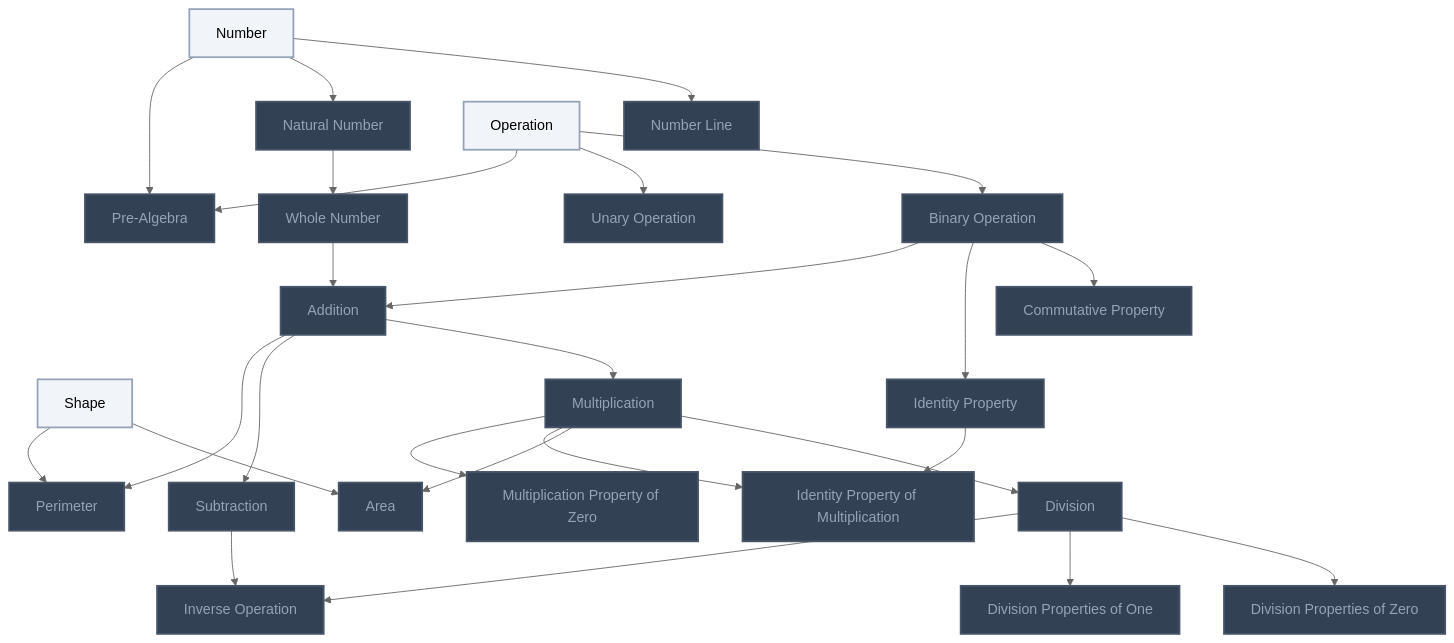
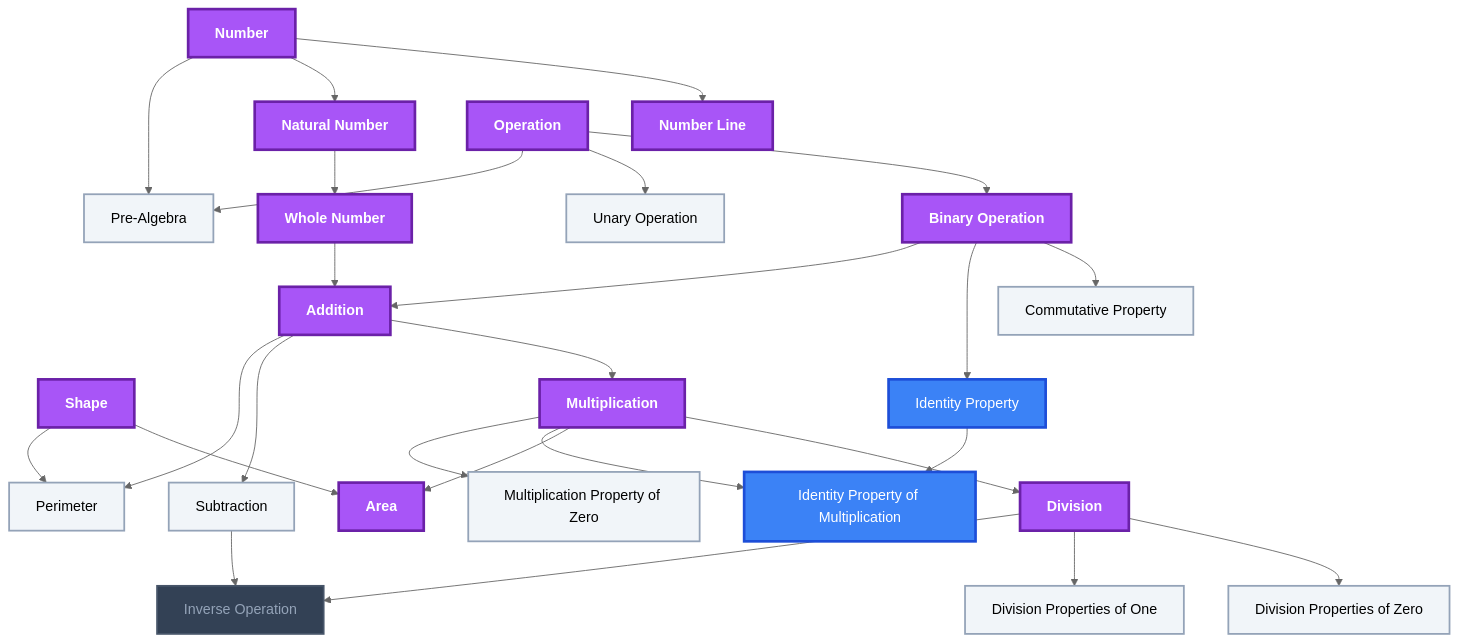
One commit to MRauf1/My-Notes changed the first of 10 diagrams in Gamification/Skill Trees/Pre-Algebra.md. Above: the diagram before and after it, drawn with Mermaid (neutral theme). The commit also changed other lines of this file and 156 other files, not shown here.

````diff
--- a/Gamification/Skill Trees/Pre-Algebra.md
+++ b/Gamification/Skill Trees/Pre-Algebra.md
@@ -14,62 +14,64 @@
 ```mermaid
 flowchart TD
     classDef planned fill:#1E293B,stroke:#64748B,stroke-width:2px,stroke-dasharray:5 5,color:#94A3B8;
     classDef locked fill:#334155,stroke:#475569,stroke-width:2px,color:#94A3B8;
     classDef L0 fill:#F1F5F9,stroke:#94A3B8,stroke-width:2px,color:#000000;
     classDef L1 fill:#22C55E,stroke:#15803D,stroke-width:2px,color:#000000;
     classDef L2 fill:#3B82F6,stroke:#1D4ED8,stroke-width:3px,color:#FFFFFF;
     classDef L3 fill:#A855F7,stroke:#6B21A8,stroke-width:3px,color:#FFFFFF,font-weight:bold;
     classDef L4 fill:#F97316,stroke:#C2410C,stroke-width:4px,color:#000000,font-weight:bold;
     classDef L5 fill:#FFD700,stroke:#FF8C00,stroke-width:5px,color:#000000,font-weight:bold;
     classDef rusty stroke:#8B4513,stroke-width:4px,stroke-dasharray:3 3;
     n_pre_algebra["Pre-Algebra"]
     n_number["Number"]
     n_natural_number["Natural Number"]
     n_whole_number["Whole Number"]
     n_number_line["Number Line"]
     n_operation["Operation"]
     n_unary_operation["Unary Operation"]
     n_binary_operation["Binary Operation"]
     n_shape["Shape"]
     n_addition["Addition"]
     n_identity_property["Identity Property"]
     n_commutative_property["Commutative Property"]
     n_perimeter["Perimeter"]
     n_subtraction["Subtraction"]
     n_multiplication["Multiplication"]
     n_multiplication_property_of_zero["Multiplication Property of Zero"]
     n_identity_property_of_multiplication["Identity Property of Multiplication"]
     n_area["Area"]
     n_division["Division"]
     n_inverse_operation["Inverse Operation"]
     n_division_properties_of_one["Division Properties of One"]
     n_division_properties_of_zero["Division Properties of Zero"]
     n_number --> n_pre_algebra
     n_operation --> n_pre_algebra
     n_number --> n_natural_number
     n_natural_number --> n_whole_number
     n_number --> n_number_line
     n_operation --> n_unary_operation
     n_operation --> n_binary_operation
     n_whole_number --> n_addition
     n_binary_operation --> n_addition
     n_binary_operation --> n_identity_property
     n_binary_operation --> n_commutative_property
     n_shape --> n_perimeter
     n_addition --> n_perimeter
     n_addition --> n_subtraction
     n_addition --> n_multiplication
     n_multiplication --> n_multiplication_property_of_zero
     n_identity_property --> n_identity_property_of_multiplication
     n_multiplication --> n_identity_property_of_multiplication
     n_shape --> n_area
     n_multiplication --> n_area
     n_multiplication --> n_division
     n_subtraction --> n_inverse_operation
     n_division --> n_inverse_operation
     n_division --> n_division_properties_of_one
     n_division --> n_division_properties_of_zero
-    class n_pre_algebra,n_natural_number,n_whole_number,n_number_line,n_unary_operation,n_binary_operation,n_addition,n_identity_property,n_commutative_property,n_perimeter,n_subtraction,n_multiplication,n_multiplication_property_of_zero,n_identity_property_of_multiplication,n_area,n_division,n_inverse_operation,n_division_properties_of_one,n_division_properties_of_zero locked;
-    class n_number,n_operation,n_shape L0;
+    class n_inverse_operation locked;
+    class n_pre_algebra,n_unary_operation,n_commutative_property,n_perimeter,n_subtraction,n_multiplication_property_of_zero,n_division_properties_of_one,n_division_properties_of_zero L0;
+    class n_identity_property,n_identity_property_of_multiplication L2;
+    class n_number,n_natural_number,n_whole_number,n_number_line,n_operation,n_binary_operation,n_shape,n_addition,n_multiplication,n_area,n_division L3;
     class n_pre_algebra,n_number,n_natural_number,n_whole_number,n_number_line,n_operation,n_unary_operation,n_binary_operation,n_shape,n_addition,n_identity_property,n_commutative_property,n_perimeter,n_subtraction,n_multiplication,n_multiplication_property_of_zero,n_identity_property_of_multiplication,n_area,n_division,n_inverse_operation,n_division_properties_of_one,n_division_properties_of_zero internal-link;
 ```
````
